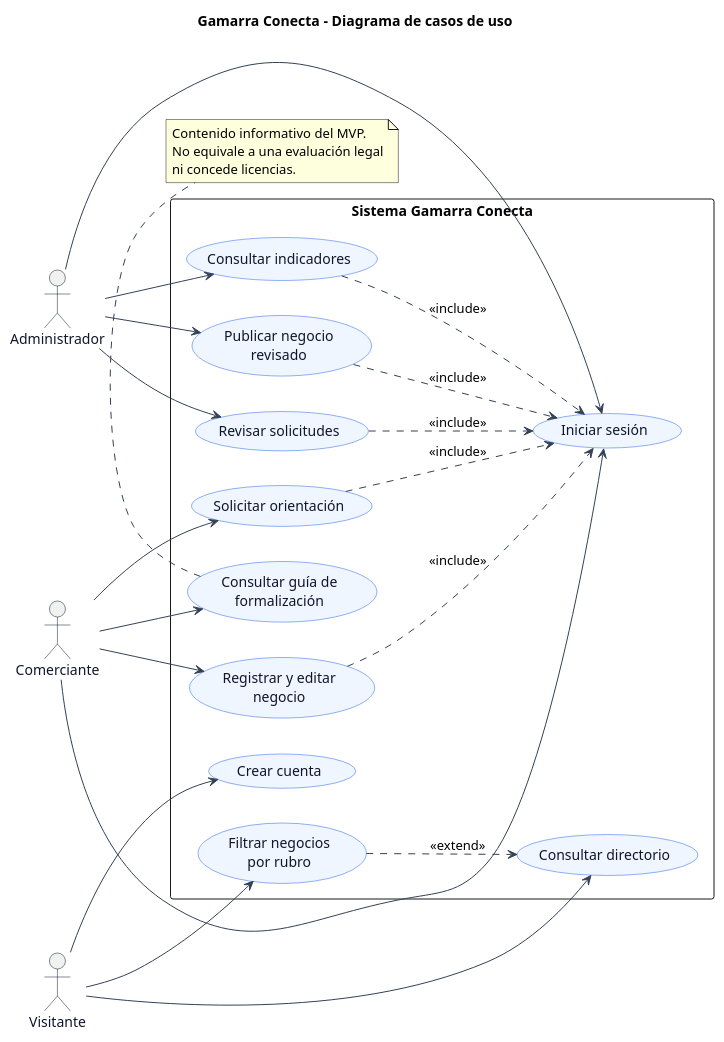
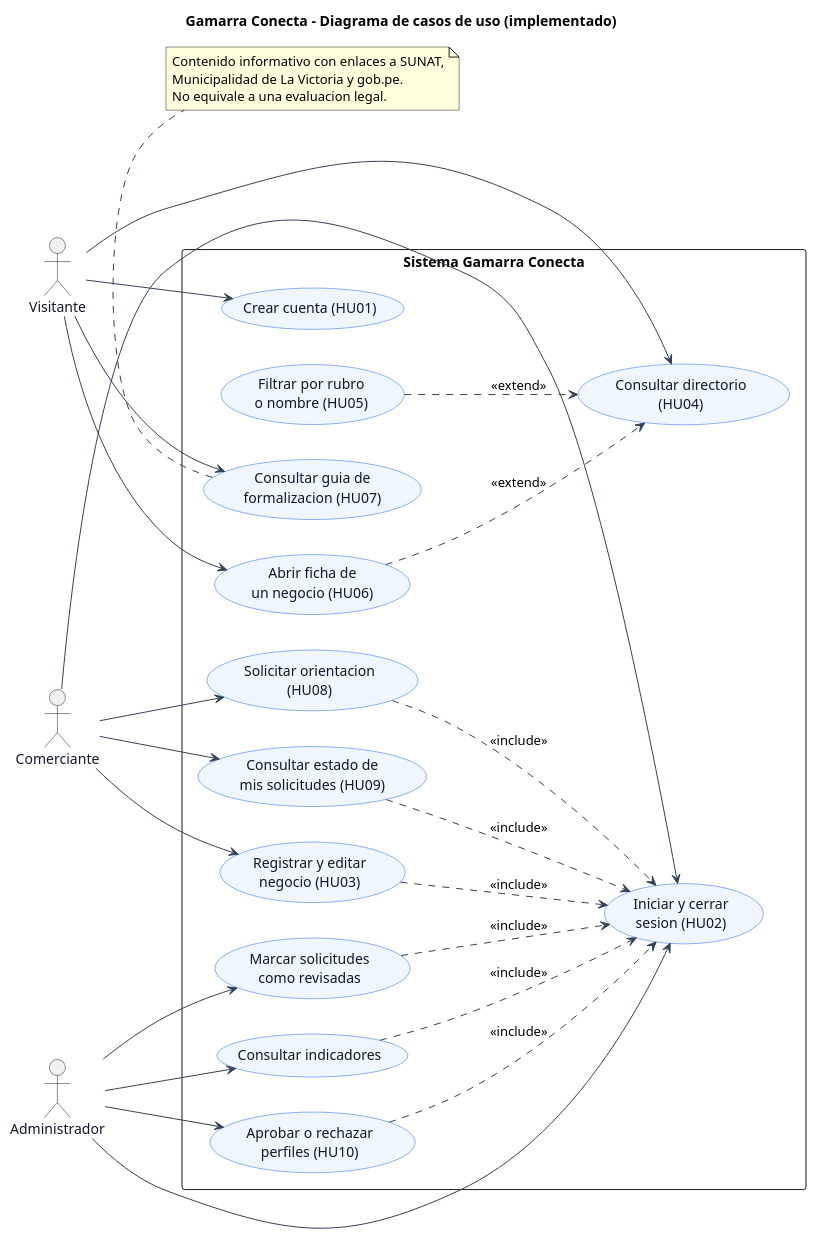
One commit to michellemontoyarocca/gamarra-conecta changed the diagram in docs/diagramas/01_casos_de_uso.puml. Above: the diagram before and after it, drawn with PlantUML. The commit also changed 12 other files, not shown here.

Commit message:
GC-16 HU12 · Como responsable del producto, quiero validar pruebas y seguridad antes de publicar para reducir fallos de entrega.

```diff
--- a/docs/diagramas/01_casos_de_uso.puml
+++ b/docs/diagramas/01_casos_de_uso.puml
@@ -1,54 +1,59 @@
 @startuml
-title Gamarra Conecta - Diagrama de casos de uso
+title Gamarra Conecta - Diagrama de casos de uso (implementado)
 left to right direction
 skinparam backgroundColor #FFFFFF
 skinparam shadowing false
 skinparam defaultFontName Arial
 skinparam ArrowColor #334155
 skinparam usecase {
   BackgroundColor #EFF6FF
   BorderColor #2563EB
   FontColor #0F172A
 }
 skinparam actor {
   BorderColor #0F172A
   FontColor #0F172A
 }
 actor "Visitante" as VIS
 actor "Comerciante" as COM
 actor "Administrador" as ADM
 rectangle "Sistema Gamarra Conecta" {
-  usecase "Consultar directorio" as UC1
-  usecase "Filtrar negocios\npor rubro" as UC2
-  usecase "Crear cuenta" as UC3
-  usecase "Iniciar sesión" as UC4
-  usecase "Registrar y editar\nnegocio" as UC5
-  usecase "Consultar guía de\nformalización" as UC6
-  usecase "Solicitar orientación" as UC7
-  usecase "Revisar solicitudes" as UC8
+  usecase "Consultar directorio\n(HU04)" as UC1
+  usecase "Filtrar por rubro\no nombre (HU05)" as UC2
+  usecase "Abrir ficha de\nun negocio (HU06)" as UC11
+  usecase "Consultar guia de\nformalizacion (HU07)" as UC6
+  usecase "Crear cuenta (HU01)" as UC3
+  usecase "Iniciar y cerrar\nsesion (HU02)" as UC4
+  usecase "Registrar y editar\nnegocio (HU03)" as UC5
+  usecase "Solicitar orientacion\n(HU08)" as UC7
+  usecase "Consultar estado de\nmis solicitudes (HU09)" as UC12
+  usecase "Aprobar o rechazar\nperfiles (HU10)" as UC10
+  usecase "Marcar solicitudes\ncomo revisadas" as UC8
   usecase "Consultar indicadores" as UC9
-  usecase "Publicar negocio\nrevisado" as UC10
 }
 VIS --> UC1
-VIS --> UC2
+VIS --> UC11
+VIS --> UC6
 VIS --> UC3
 COM --> UC4
 COM --> UC5
-COM --> UC6
 COM --> UC7
+COM --> UC12
 ADM --> UC4
+ADM --> UC10
 ADM --> UC8
 ADM --> UC9
-ADM --> UC10
 UC2 ..> UC1 : <<extend>>
+UC11 ..> UC1 : <<extend>>
 UC5 ..> UC4 : <<include>>
 UC7 ..> UC4 : <<include>>
+UC12 ..> UC4 : <<include>>
+UC10 ..> UC4 : <<include>>
 UC8 ..> UC4 : <<include>>
 UC9 ..> UC4 : <<include>>
-UC10 ..> UC4 : <<include>>
 note bottom of UC6
-  Contenido informativo del MVP.
-  No equivale a una evaluación legal
-  ni concede licencias.
+  Contenido informativo con enlaces a SUNAT,
+  Municipalidad de La Victoria y gob.pe.
+  No equivale a una evaluacion legal.
 end note
 @enduml
```
